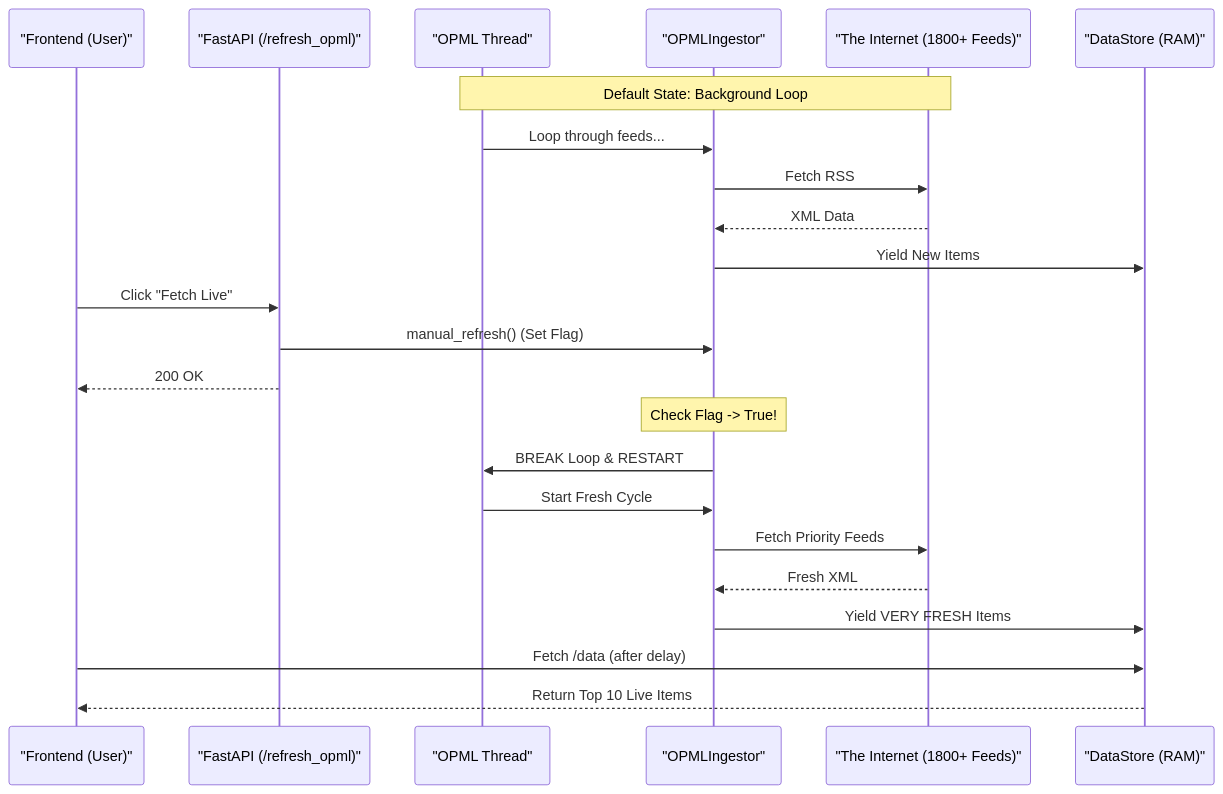
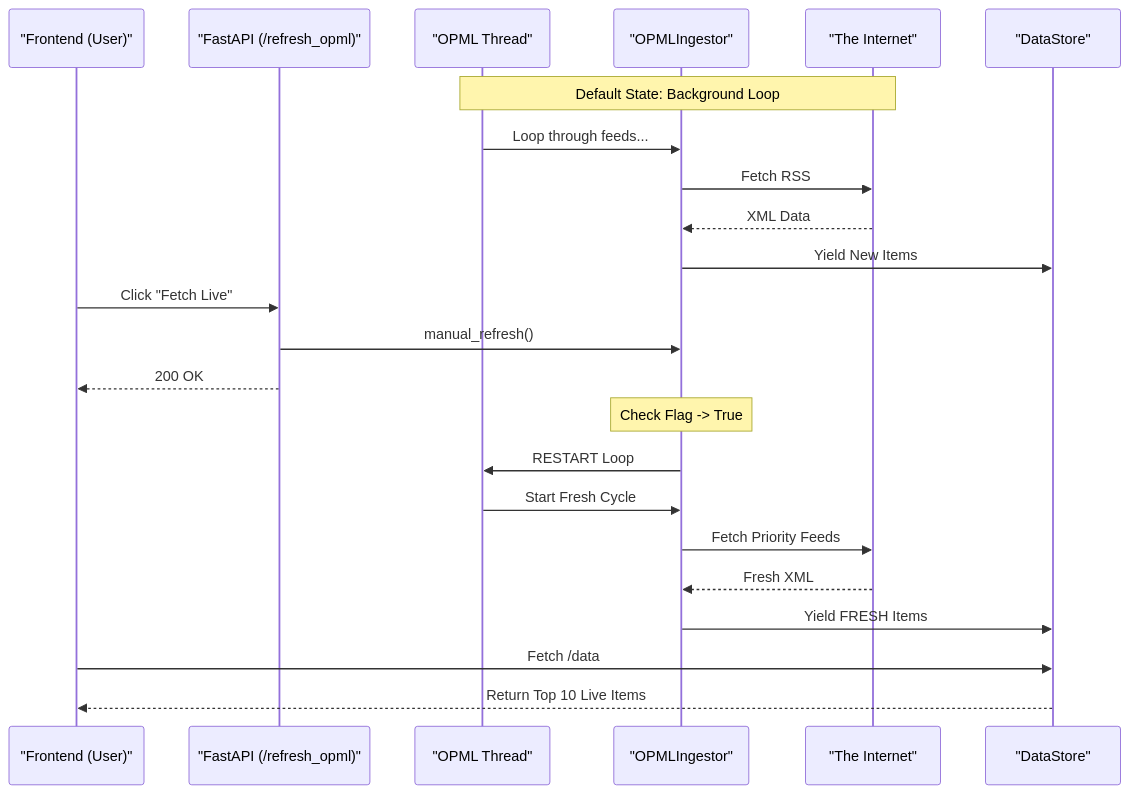
One commit to atharvavdeo/LiveAnalyst_Pathway changed the second of 2 diagrams in README.md. Above: the diagram before and after it, drawn with Mermaid. The commit also changed other lines of this file, not shown here.

Commit message:
docs: improve architecture diagram structure and clarity

````diff
--- a/README.md
+++ b/README.md
@@ -73,30 +89,30 @@
 ```mermaid
 sequenceDiagram
     participant User as "Frontend (User)"
     participant API as "FastAPI (/refresh_opml)"
     participant Thread as "OPML Thread"
     participant Engine as "OPMLIngestor"
-    participant Web as "The Internet (1800+ Feeds)"
-    participant Store as "DataStore (RAM)"
+    participant Web as "The Internet"
+    participant Store as "DataStore"
 
     Note over Thread, Web: Default State: Background Loop
     Thread->>Engine: Loop through feeds...
     Engine->>Web: Fetch RSS
     Web-->>Engine: XML Data
     Engine->>Store: Yield New Items
 
     User->>API: Click "Fetch Live"
-    API->>Engine: manual_refresh() (Set Flag)
+    API->>Engine: manual_refresh()
     API-->>User: 200 OK
     
-    Note over Engine: Check Flag -> True!
-    Engine->>Thread: BREAK Loop & RESTART
+    Note over Engine: Check Flag -> True
+    Engine->>Thread: RESTART Loop
     
     Thread->>Engine: Start Fresh Cycle
     Engine->>Web: Fetch Priority Feeds
     Web-->>Engine: Fresh XML
-    Engine->>Store: Yield VERY FRESH Items
+    Engine->>Store: Yield FRESH Items
     
-    User->>Store: Fetch /data (after delay)
+    User->>Store: Fetch /data
     Store-->>User: Return Top 10 Live Items
 ```
````
